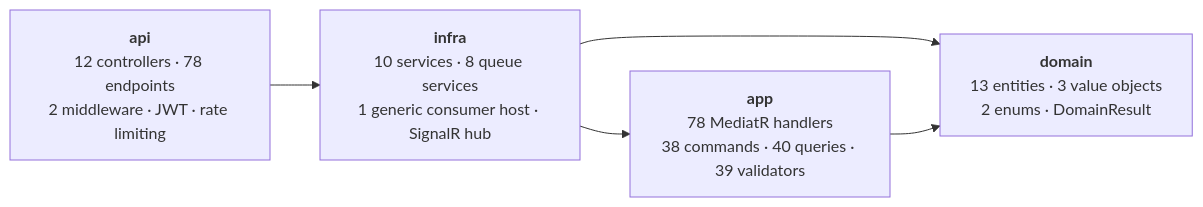
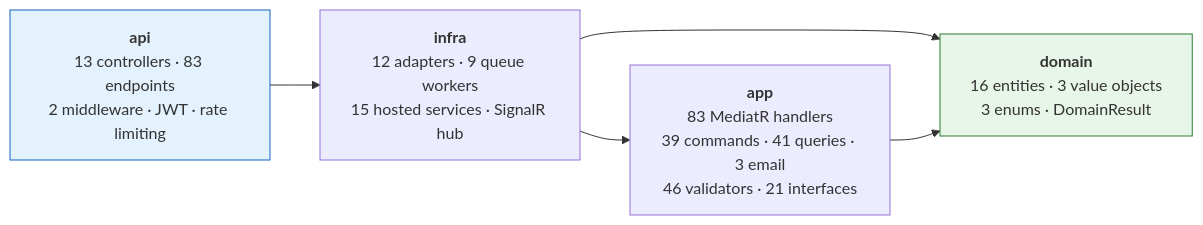
The diagram in doc/project-overview.md (Datnguynx110605/Bump_Server), drawn with Mermaid before and after one commit. The commit also changed other lines of this file and 6 other files, not shown here.

Commit message:
docs: restructure into HLD, architecture spec and developer guide; correct stale source-of-truth counts across all documentation

````diff
--- a/doc/project-overview.md
+++ b/doc/project-overview.md
@@ -87,12 +96,15 @@
 ```mermaid
 graph LR
-    api["<b>api</b><br/>12 controllers · 78 endpoints<br/>2 middleware · JWT · rate limiting"]
-    infra["<b>infra</b><br/>10 services · 8 queue services<br/>1 generic consumer host · SignalR hub"]
-    app["<b>app</b><br/>78 MediatR handlers<br/>38 commands · 40 queries · 39 validators"]
-    domain["<b>domain</b><br/>13 entities · 3 value objects<br/>2 enums · DomainResult"]
+    api["<b>api</b><br/>13 controllers · 83 endpoints<br/>2 middleware · JWT · rate limiting"]
+    infra["<b>infra</b><br/>12 adapters · 9 queue workers<br/>15 hosted services · SignalR hub"]
+    app["<b>app</b><br/>83 MediatR handlers<br/>39 commands · 41 queries · 3 email<br/>46 validators · 21 interfaces"]
+    domain["<b>domain</b><br/>16 entities · 3 value objects<br/>3 enums · DomainResult"]
 
     api --> infra
     infra --> app
     infra --> domain
     app --> domain
+
+    style domain fill:#e8f5e9,stroke:#2e7d32
+    style api fill:#e3f2fd,stroke:#1565c0
 ```
````
